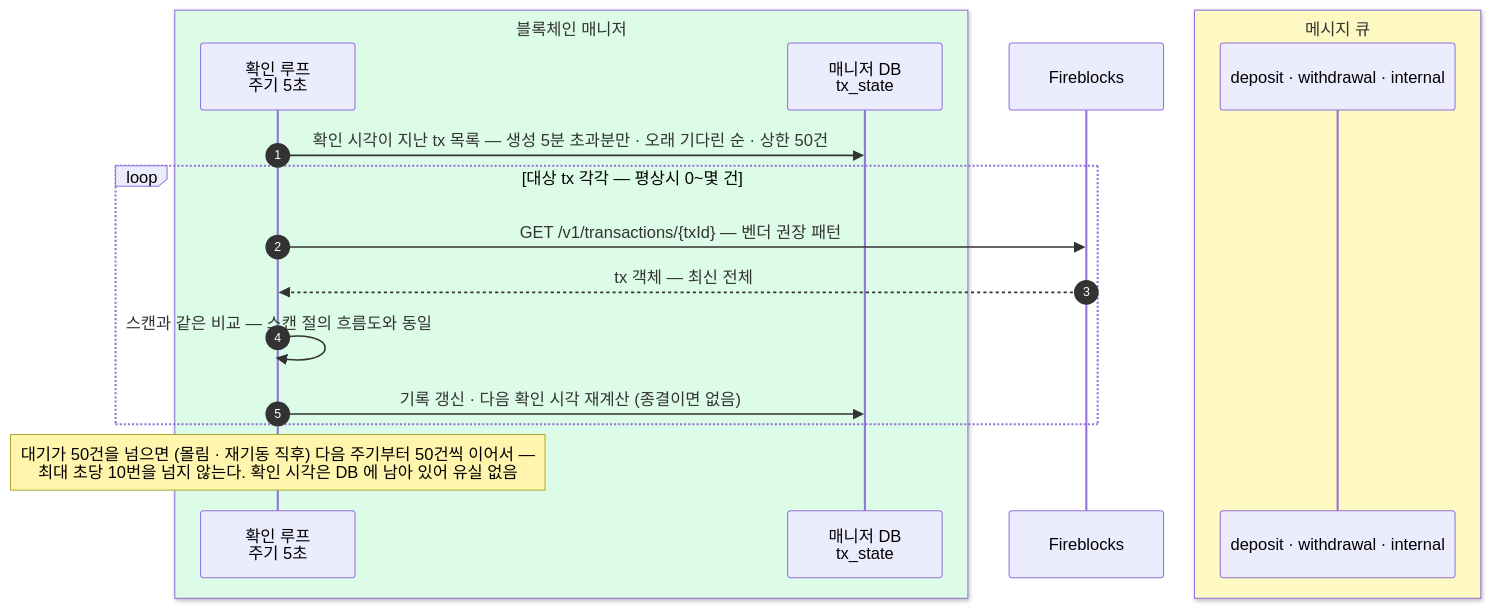
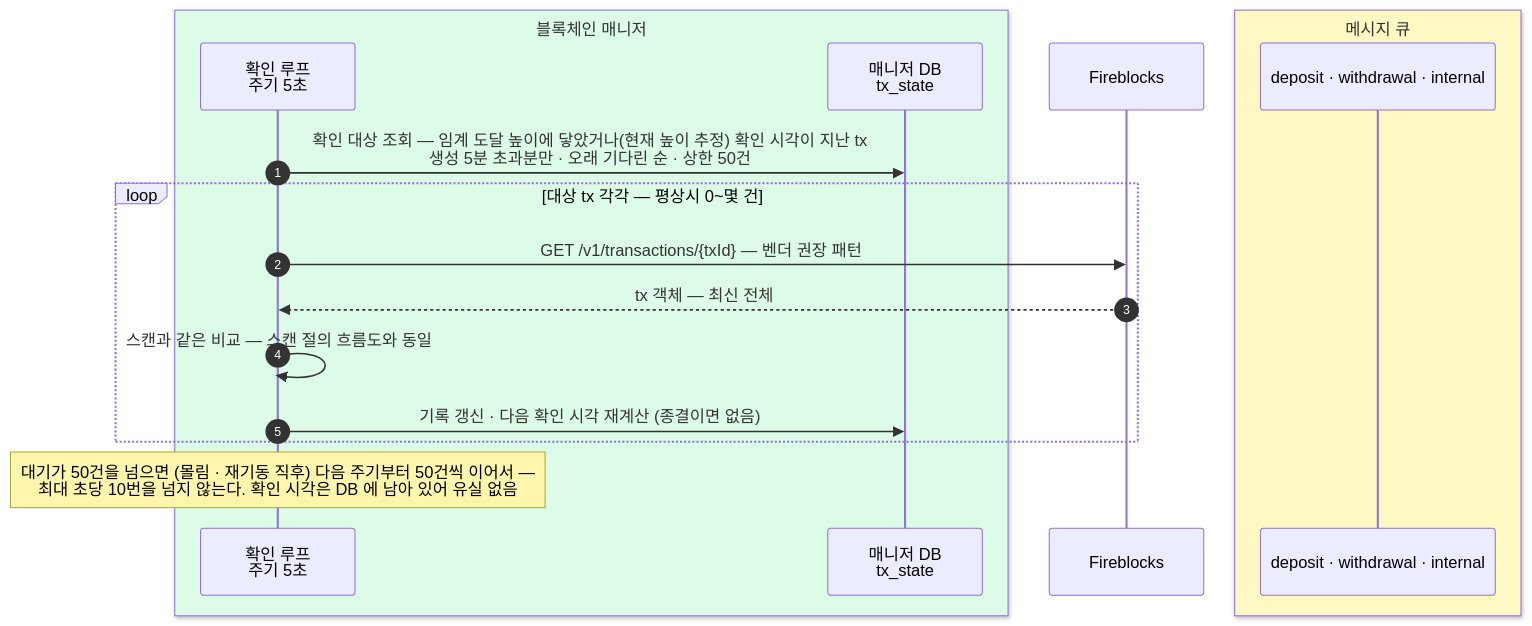
Before and after one commit to eunsujeo/eunpus: the third of 3 diagrams in blockchain-manager/docs/온보딩/설계/99-polling-detection.md, drawn with Mermaid. The commit also changed other lines of this file and 4 other files, not shown here.

````diff
--- a/blockchain-manager/docs/온보딩/설계/99-polling-detection.md
+++ b/blockchain-manager/docs/온보딩/설계/99-polling-detection.md
@@ -149,21 +153,21 @@
 ```mermaid
 sequenceDiagram
     autonumber
     box rgb(220,252,231) 블록체인 매니저
     participant CK as 확인 루프<br/>주기 5초
     participant MDB as 매니저 DB<br/>tx_state
     end
     participant FB as Fireblocks
     box rgb(254,249,195) 메시지 큐
     participant MQ as deposit · withdrawal · internal
     end
 
-    CK->>MDB: 확인 시각이 지난 tx 목록 — 생성 5분 초과분만 · 오래 기다린 순 · 상한 50건
+    CK->>MDB: 확인 대상 조회 — 임계 도달 높이에 닿았거나(현재 높이 추정) 확인 시각이 지난 tx<br/>생성 5분 초과분만 · 오래 기다린 순 · 상한 50건
     loop 대상 tx 각각 — 평상시 0~몇 건
         CK->>FB: GET /v1/transactions/{txId} — 벤더 권장 패턴
         FB-->>CK: tx 객체 — 최신 전체
         CK->>CK: 스캔과 같은 비교 — 스캔 절의 흐름도와 동일
         CK->>MDB: 기록 갱신 · 다음 확인 시각 재계산 (종결이면 없음)
     end
     Note over CK: 대기가 50건을 넘으면 (몰림 · 재기동 직후) 다음 주기부터 50건씩 이어서 —<br/>최대 초당 10번을 넘지 않는다. 확인 시각은 DB 에 남아 있어 유실 없음
 ```
````
